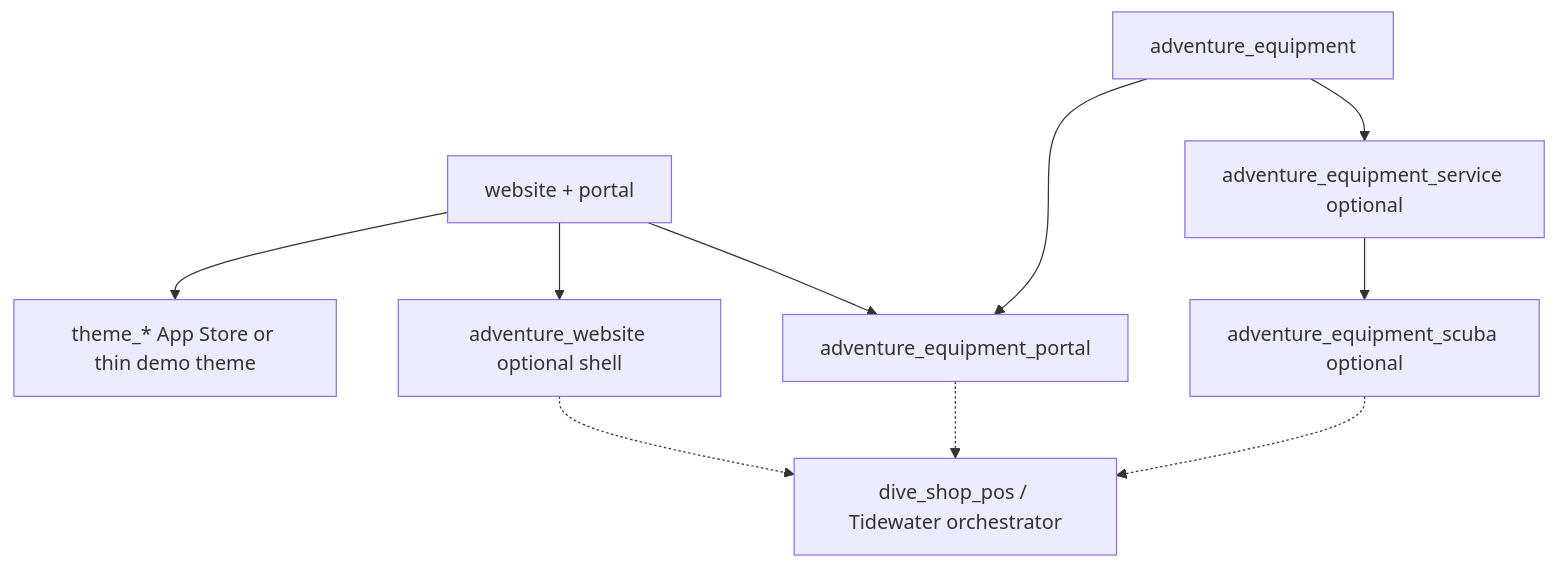
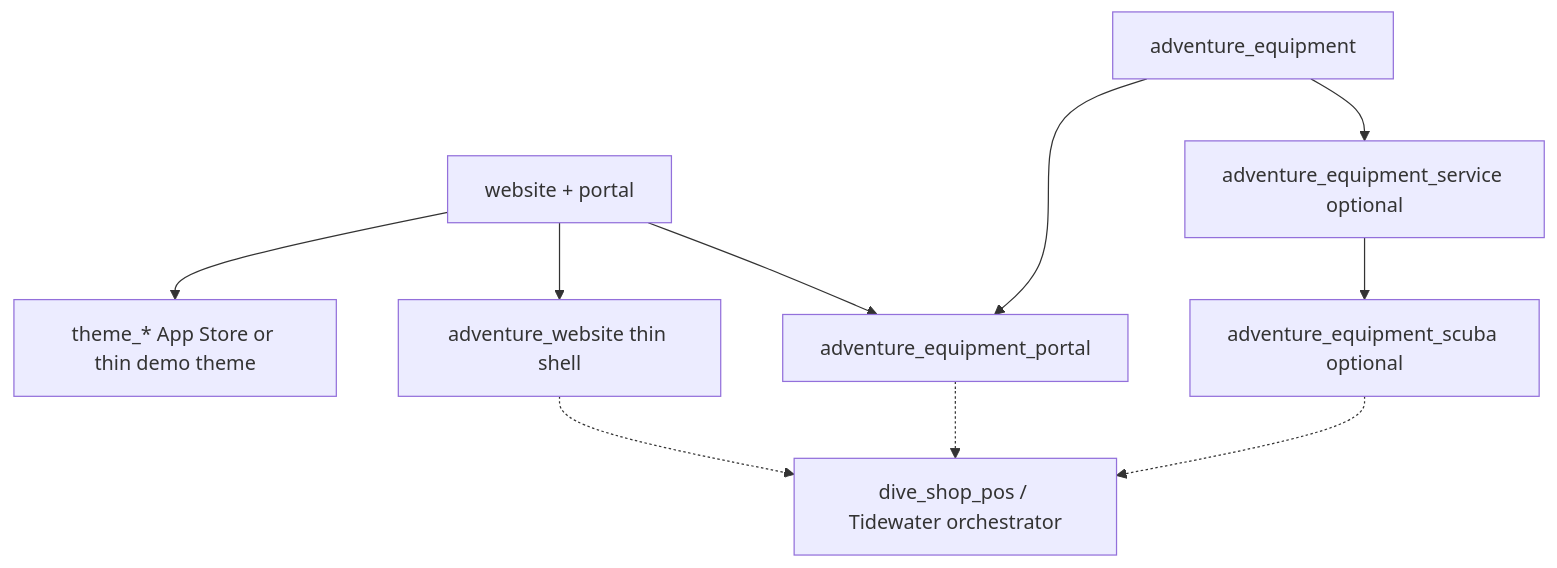
One commit to bsileo/adventure-pos-odoo changed the diagram in docs/architecture/client-web-portal.md. Above: the diagram before and after it, drawn with Mermaid. The commit also changed other lines of this file, not shown here.

First line of the commit message:
docs(architecture): adopt portal recommended defaults

````diff
--- a/docs/architecture/client-web-portal.md
+++ b/docs/architecture/client-web-portal.md
@@ -137,21 +150,21 @@
 ```mermaid
 flowchart TD
   website["website + portal"]
   theme["theme_* App Store or thin demo theme"]
-  advweb["adventure_website optional shell"]
+  advweb["adventure_website thin shell"]
   equip["adventure_equipment"]
   eqportal["adventure_equipment_portal"]
   svc["adventure_equipment_service optional"]
   scuba["adventure_equipment_scuba optional"]
   dive["dive_shop_pos / Tidewater orchestrator"]
 
   website --> theme
   website --> advweb
   website --> eqportal
   equip --> eqportal
   equip --> svc
   svc --> scuba
   advweb -.-> dive
   eqportal -.-> dive
   scuba -.-> dive
 ```
````
